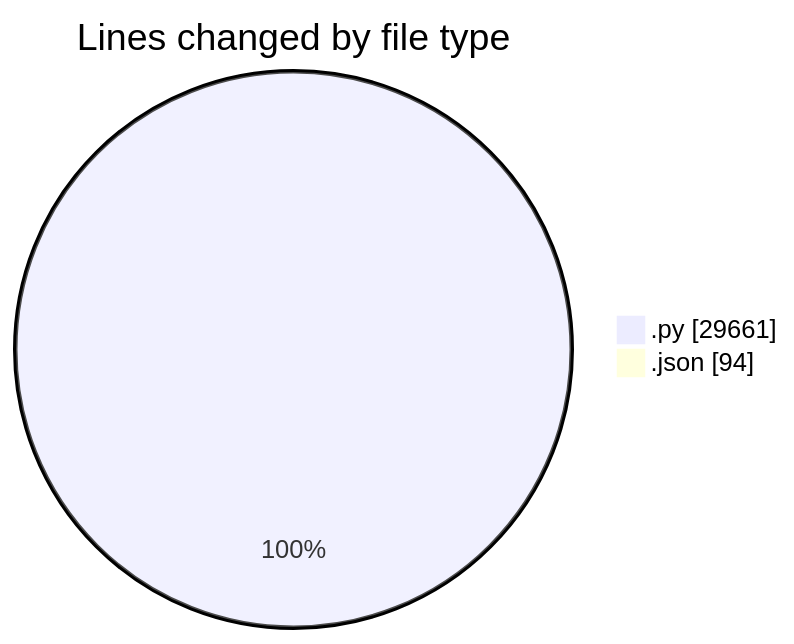
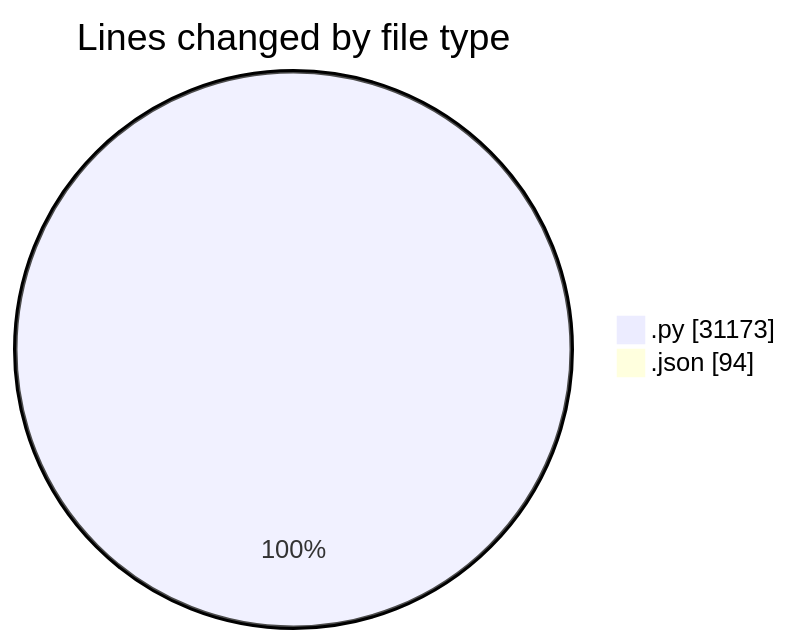
The first of 2 diagrams in 2025-07-14/telebot/README.md (jrari/code-tracking), drawn with Mermaid before and after one commit. The commit also changed other lines of this file and 1 other file, not shown here.

````diff
--- a/2025-07-14/telebot/README.md
+++ b/2025-07-14/telebot/README.md
@@ -53,6 +55,6 @@
 ```mermaid
 pie showData
 title Lines changed by file type
-".py" : 29661
+".py" : 31173
 ".json" : 94
 ```
````
